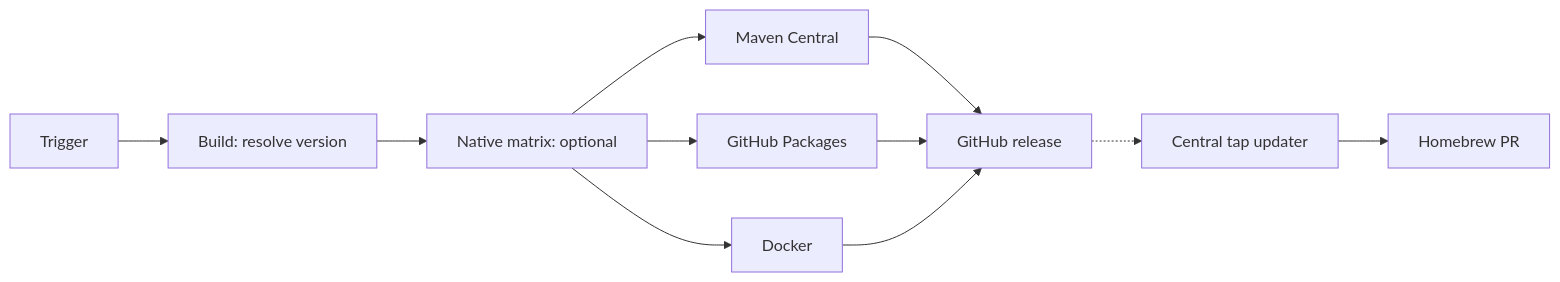
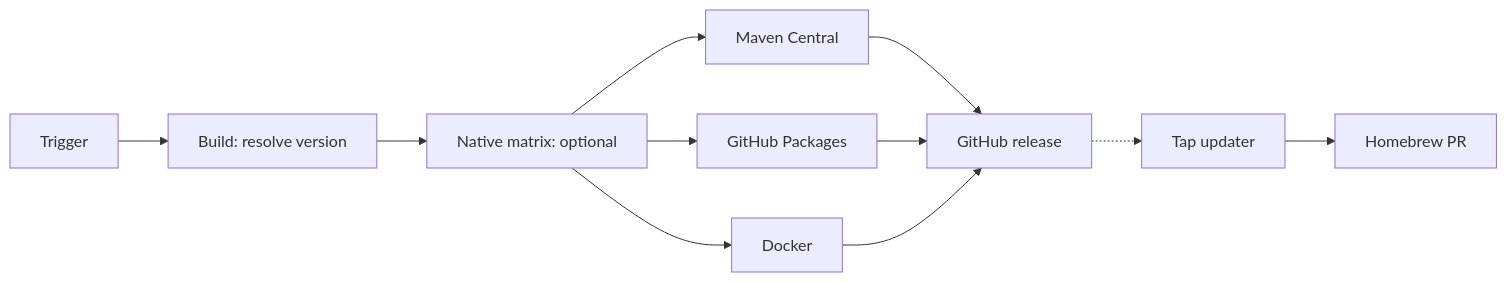
The diagram in JAVA_CI_CD.md (YunaBraska/YunaBraska), drawn with Mermaid before and after one commit. The commit also changed other lines of this file and 4 other files, not shown here.

````diff
--- a/JAVA_CI_CD.md
+++ b/JAVA_CI_CD.md
@@ -5,13 +5,13 @@
 ```mermaid
 flowchart LR
   A[Trigger] --> B[Build: resolve version]
   B --> N[Native matrix: optional]
   N --> D[Maven Central]
   N --> E[GitHub Packages]
   N --> H[Docker]
   D --> F[GitHub release]
   E --> F
   H --> F
-  F -.-> G[Central tap updater]
+  F -.-> G[Tap updater]
   G --> I[Homebrew PR]
 ```
````
